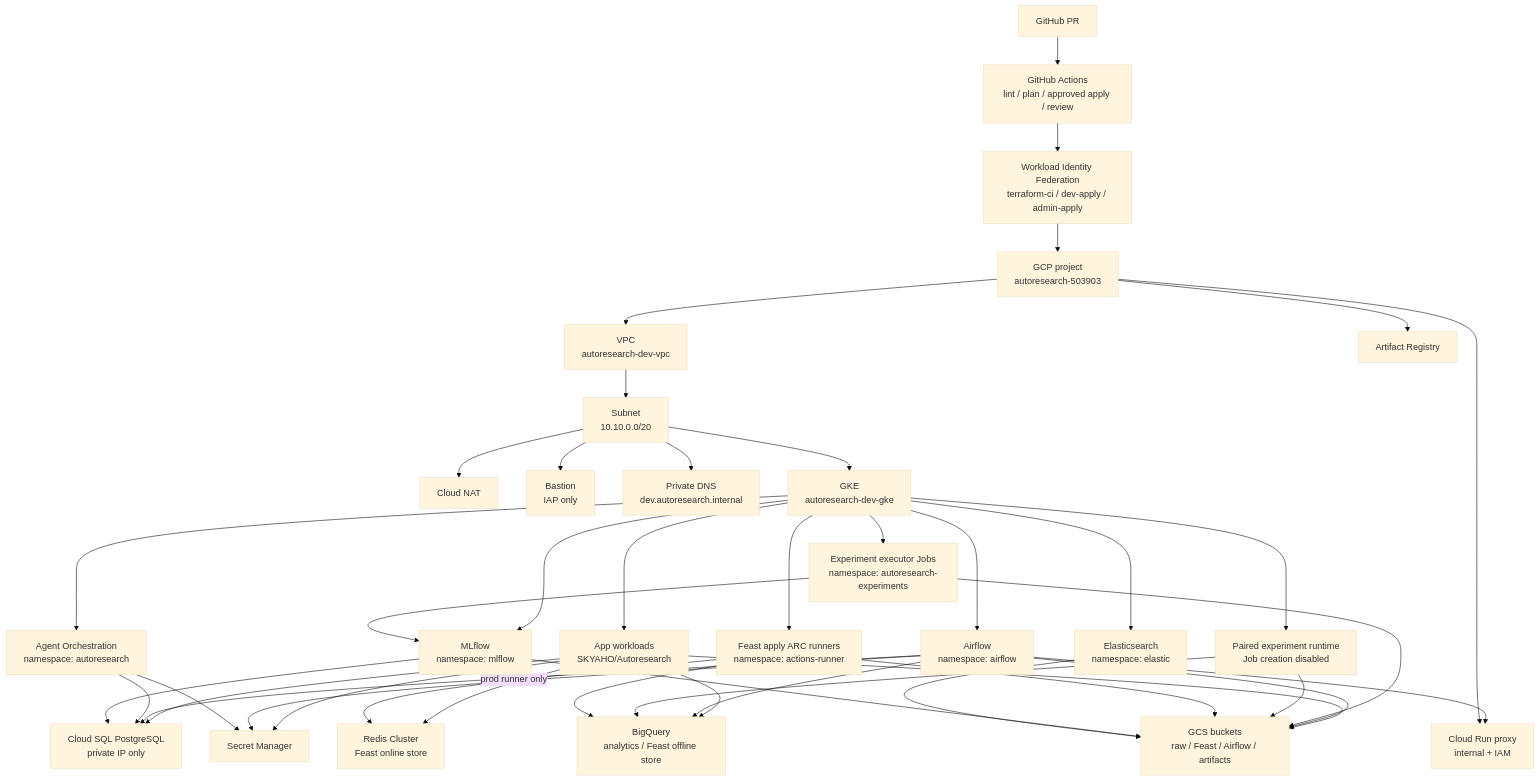
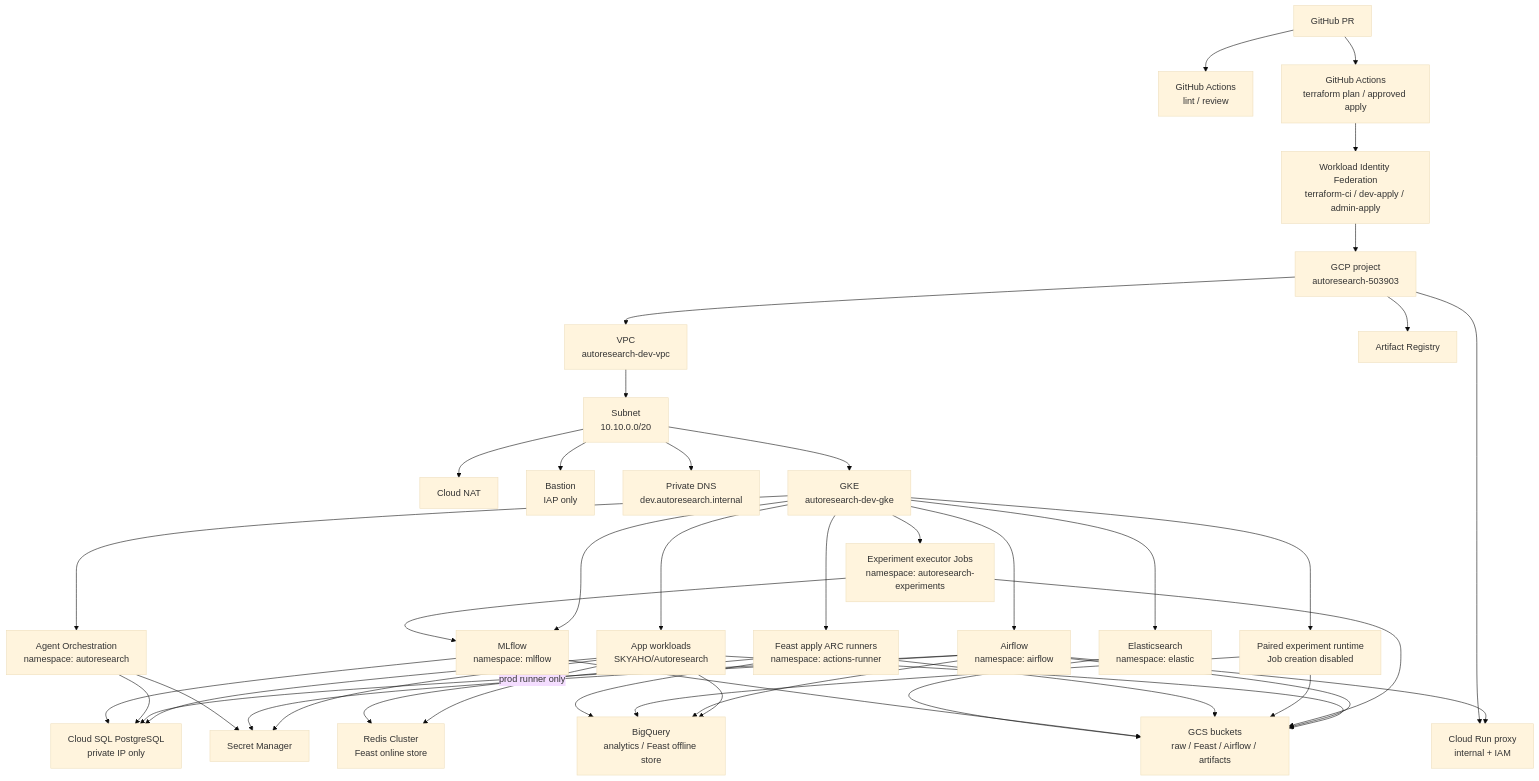
One commit to SKYAHO/Autoresearch-infra changed the second of 9 diagrams in docs/INFRASTRUCTURE_SUMMARY.md. Above: the diagram before and after it, drawn with Mermaid (base theme).

Commit message:
docs: Terraform WIF 경계를 명확히 한다

````diff
--- a/docs/INFRASTRUCTURE_SUMMARY.md
+++ b/docs/INFRASTRUCTURE_SUMMARY.md
@@ -209,70 +209,72 @@
 ```mermaid
 flowchart TB
     gh["GitHub PR"]
-    ci["GitHub Actions<br/>lint / plan / approved apply / review"]
+    checks["GitHub Actions<br/>lint / review"]
+    ci["GitHub Actions<br/>terraform plan / approved apply"]
     wif["Workload Identity Federation<br/>terraform-ci / dev-apply / admin-apply"]
     gcp["GCP project<br/>autoresearch-503903"]
 
     vpc["VPC<br/>autoresearch-dev-vpc"]
     subnet["Subnet<br/>10.10.0.0/20"]
     nat["Cloud NAT"]
     bastion["Bastion<br/>IAP only"]
     dns["Private DNS<br/>dev.autoresearch.internal"]
 
     gke["GKE<br/>autoresearch-dev-gke"]
     app["App workloads<br/>SKYAHO/Autoresearch"]
     airflow["Airflow<br/>namespace: airflow"]
     agent["Agent Orchestration<br/>namespace: autoresearch"]
     experiment["Experiment executor Jobs<br/>namespace: autoresearch-experiments"]
     paired["Paired experiment runtime<br/>Job creation disabled"]
     arc["Feast apply ARC runners<br/>namespace: actions-runner"]
     mlflow["MLflow<br/>namespace: mlflow"]
     elastic["Elasticsearch<br/>namespace: elastic"]
 
     sql["Cloud SQL PostgreSQL<br/>private IP only"]
     gcs["GCS buckets<br/>raw / Feast / Airflow / artifacts"]
     bq["BigQuery<br/>analytics / Feast offline store"]
     redis["Redis Cluster<br/>Feast online store"]
     sm["Secret Manager"]
     ar["Artifact Registry"]
     run["Cloud Run proxy<br/>internal + IAM"]
 
+    gh --> checks
     gh --> ci --> wif --> gcp
     gcp --> vpc --> subnet
     subnet --> nat
     subnet --> bastion
     subnet --> dns
     subnet --> gke
     gke --> app
     gke --> airflow
     gke --> agent
     gke --> experiment
     gke --> paired
     gke --> arc
     gke --> mlflow
     gke --> elastic
     app --> sql
     app --> redis
     app --> gcs
     app --> bq
     app --> sm
     airflow --> sql
     airflow --> gcs
     airflow --> bq
     airflow --> sm
     airflow --> run
     agent --> sql
     agent --> sm
     experiment --> gcs
     experiment --> mlflow
     paired --> gcs
     paired --> bq
     arc --> gcs
     arc --> bq
     arc -->|"prod runner only"| redis
     mlflow --> sql
     mlflow --> gcs
     elastic --> gcs
     gcp --> ar
     gcp --> run
 ```
````
